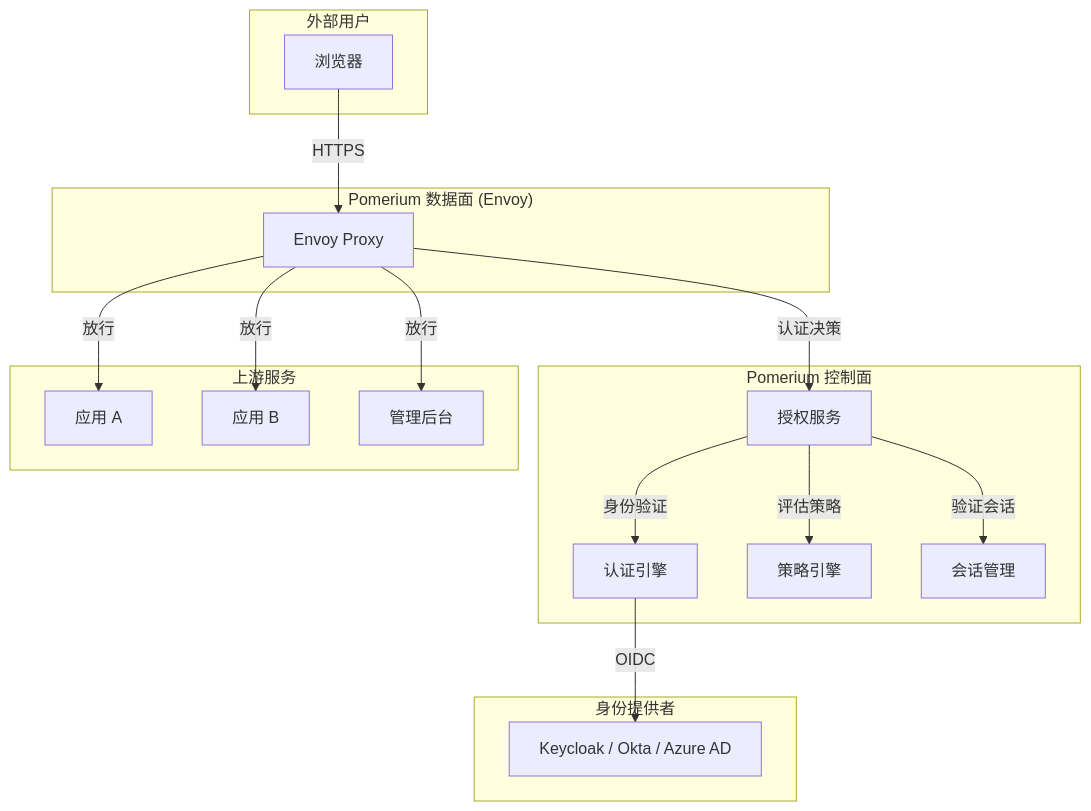
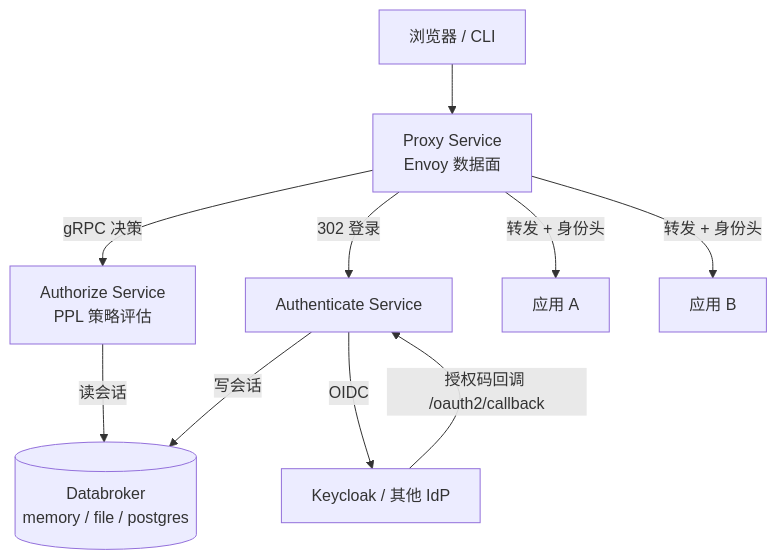
One commit to l10178/idaas-book changed the first of 2 diagrams in content/docs/implementation/pomerium-deep-dive.md. Above: the diagram before and after it, drawn with Mermaid. The commit also changed other lines of this file and 5 other files, not shown here.

First line of the commit message:
docs: expand Pomerium deep dive around open-source proxy auth (#220)

````diff
--- a/content/docs/implementation/pomerium-deep-dive.md
+++ b/content/docs/implementation/pomerium-deep-dive.md
@@ -37,37 +54,12 @@
 ```mermaid
 graph TB
-    subgraph "外部用户"
-        Browser[浏览器]
-    end
-
-    subgraph "Pomerium 控制面"
-        AuthN[认证引擎]
-        Policy[策略引擎]
-        Session[会话管理]
-        Authorize[授权服务]
-    end
-
-    subgraph "Pomerium 数据面 (Envoy)"
-        Proxy[Envoy Proxy]
-    end
-
-    subgraph "上游服务"
-        App1[应用 A]
-        App2[应用 B]
-        App3[管理后台]
-    end
-
-    subgraph "身份提供者"
-        IDP[Keycloak / Okta / Azure AD]
-    end
-
-    Browser -->|HTTPS| Proxy
-    Proxy -->|认证决策| Authorize
-    Authorize -->|验证会话| Session
-    Authorize -->|评估策略| Policy
-    Authorize -->|身份验证| AuthN
-    AuthN -->|OIDC| IDP
-    Proxy -->|放行| App1
-    Proxy -->|放行| App2
-    Proxy -->|放行| App3
+    Browser[浏览器 / CLI] --> Proxy[Proxy Service<br/>Envoy 数据面]
+    Proxy -->|gRPC 决策| Authorize[Authorize Service<br/>PPL 策略评估]
+    Authorize -->|读会话| Databroker[(Databroker<br/>memory / file / postgres)]
+    Proxy -->|302 登录| AuthN[Authenticate Service]
+    AuthN -->|OIDC| IDP[Keycloak / 其他 IdP]
+    IDP -->|授权码回调 /oauth2/callback| AuthN
+    AuthN -->|写会话| Databroker
+    Proxy -->|转发 + 身份头| App1[应用 A]
+    Proxy -->|转发 + 身份头| App2[应用 B]
 ```
````
